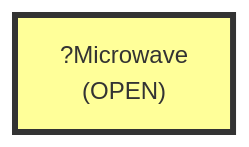
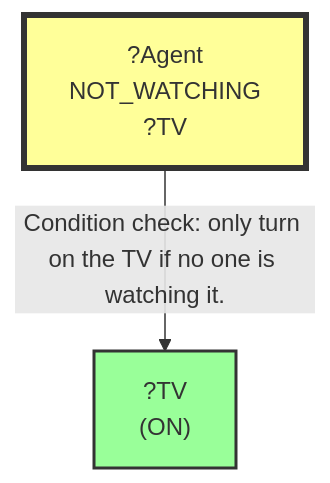
Before and after one commit to scuama/virtualhome: the tenth of 12 diagrams in evaluation/results/table2/robostate/non_stationarity/low/E_DYN_G02_S3_low/run_E_DYN_G02_S3_low.md, drawn with Mermaid. The commit also changed other lines of this file and 108 other files, not shown here.

````diff
--- a/evaluation/results/table2/robostate/non_stationarity/low/E_DYN_G02_S3_low/run_E_DYN_G02_S3_low.md
+++ b/evaluation/results/table2/robostate/non_stationarity/low/E_DYN_G02_S3_low/run_E_DYN_G02_S3_low.md
@@ -1384,5 +741,8 @@
 ```mermaid
 graph TD
-    N1["?Microwave<br>(OPEN)"]
-    style N1 fill:#ff9,stroke:#333,stroke-width:4px
+    N1["?TV<br>(ON)"]
+    style N1 fill:#9f9,stroke:#333,stroke-width:2px
+    N2["?Agent<br>NOT_WATCHING<br>?TV"]
+    style N2 fill:#ff9,stroke:#333,stroke-width:4px
+    N2 -->|"Condition check: only turn on the TV if no one is watching it."| N1
 ```
````
